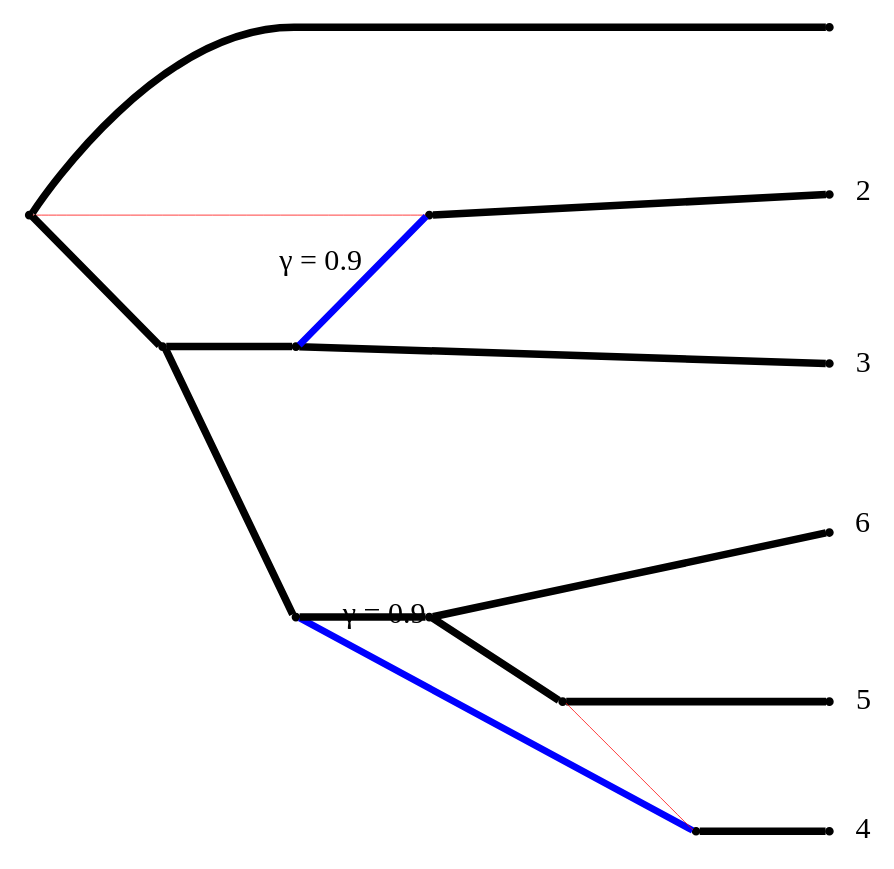
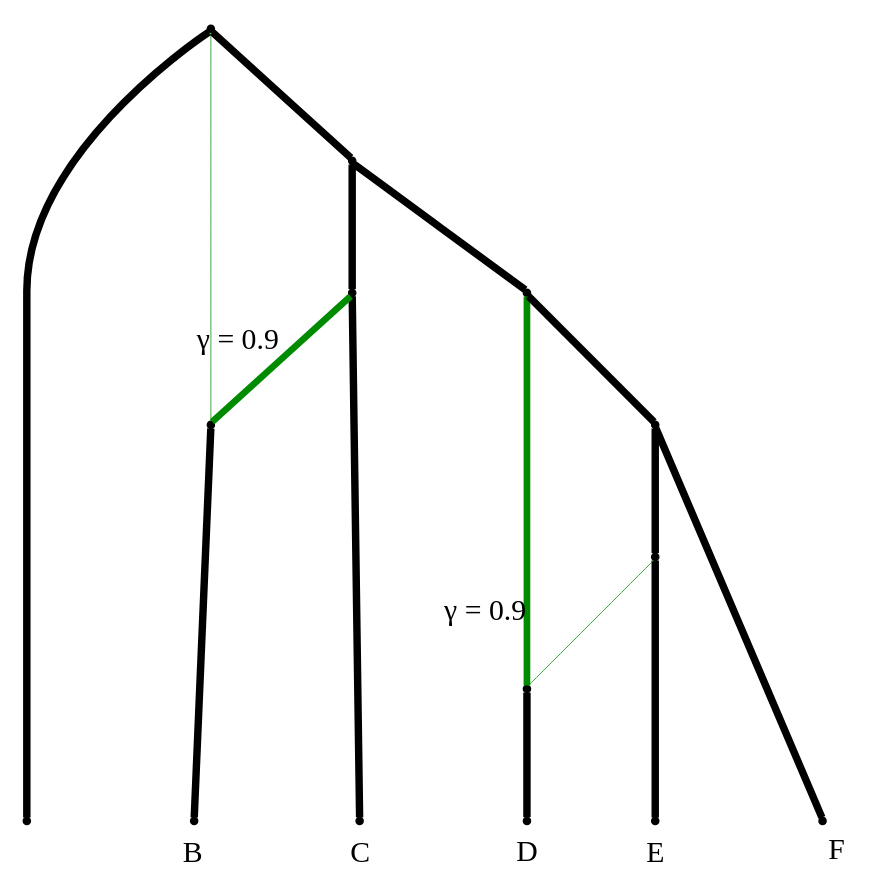
One commit to JuliaPhylo/PhyloNetworks.jl changed the diagram in visualization/drawCF.dot. Above: the diagram before and after it, drawn with Graphviz. The commit also changed 23 other files, not shown here.

First line of the commit message:
1. Created a generalized export function in genExport.jl -Allows optional argument for selecting layout engine in GraphViz (neato, dot, circo, etc.) -Implemented within draw function

```diff
--- a/visualization/drawCF.dot
+++ b/visualization/drawCF.dot
@@ -1,72 +1,71 @@
 Graph { 
-     rankdir=LR; 
 labelloc=b 
     ratio="fill"; 
     size="6 ,8"; 
     nodesep=0.5; 
     edge [fontsize=16.0]; 
     node [shape = point] 
     rank=max 1 
      subgraph    { 1 , 3 , 4 , 5 , 7 , 8 } 
     1 [label=1] [shape = point] 
     3 [label=3] [shape = point] 
     4 [label=4] [shape = point] 
     5 [label=5] [shape = point] 
     7 [label=7] [shape = point] 
     8 [label=8] [shape = point] 
  
      1 -- -5 [penwidth=4]; 
      -5 -- 2
-                                    [color=red]
+                                    [color=green4]
                                     [penwidth=0.4]; 
      -5 -- -4
                                   [penwidth=4]; 
      -4 -- -6
                                   [penwidth=4]; 
      -6 -- 2
-                                    [color=blue]
+                                    [color=green4]
                                     [penwidth=3.6]
-                                    [taillabel=" &gamma; = 0.9"]
+                                    [headlabel=" &gamma; = 0.9"]
                                     [labeldistance = 4.5]
                                     [labelangle=30.0]; 
      2 -- 3
-                                  [headlabel=2]
+                                  [headlabel=B]
                                   [labeldistance=2.0]
                                   [labelangle=180.0]
                                   [penwidth=4]; 
      -6 -- 4
-                                  [headlabel=3]
+                                  [headlabel=C]
                                   [labeldistance=2.0]
                                   [labelangle=180.0]
                                   [penwidth=4]; 
      -4 -- -3
                                   [penwidth=4]; 
      -3 -- 6
-                                    [color=blue]
+                                    [color=green4]
                                     [penwidth=3.6]
-                                    [taillabel=" &gamma; = 0.9"]
+                                    [headlabel=" &gamma; = 0.9"]
                                     [labeldistance = 4.5]
                                     [labelangle=30.0]; 
      6 -- 5
-                                  [headlabel=4]
+                                  [headlabel=D]
                                   [labeldistance=2.0]
                                   [labelangle=180.0]
                                   [penwidth=4]; 
      -3 -- -2
                                   [penwidth=4]; 
      -2 -- -9
                                   [penwidth=4]; 
      -9 -- 6
-                                    [color=red]
+                                    [color=green4]
                                     [penwidth=0.4]; 
      -9 -- 7
-                                  [headlabel=5]
+                                  [headlabel=E]
                                   [labeldistance=2.0]
                                   [labelangle=180.0]
                                   [penwidth=4]; 
      -2 -- 8
-                                  [headlabel=6]
+                                  [headlabel=F]
                                   [labeldistance=2.0]
                                   [labelangle=180.0]
                                   [penwidth=4]; 
 }
```
